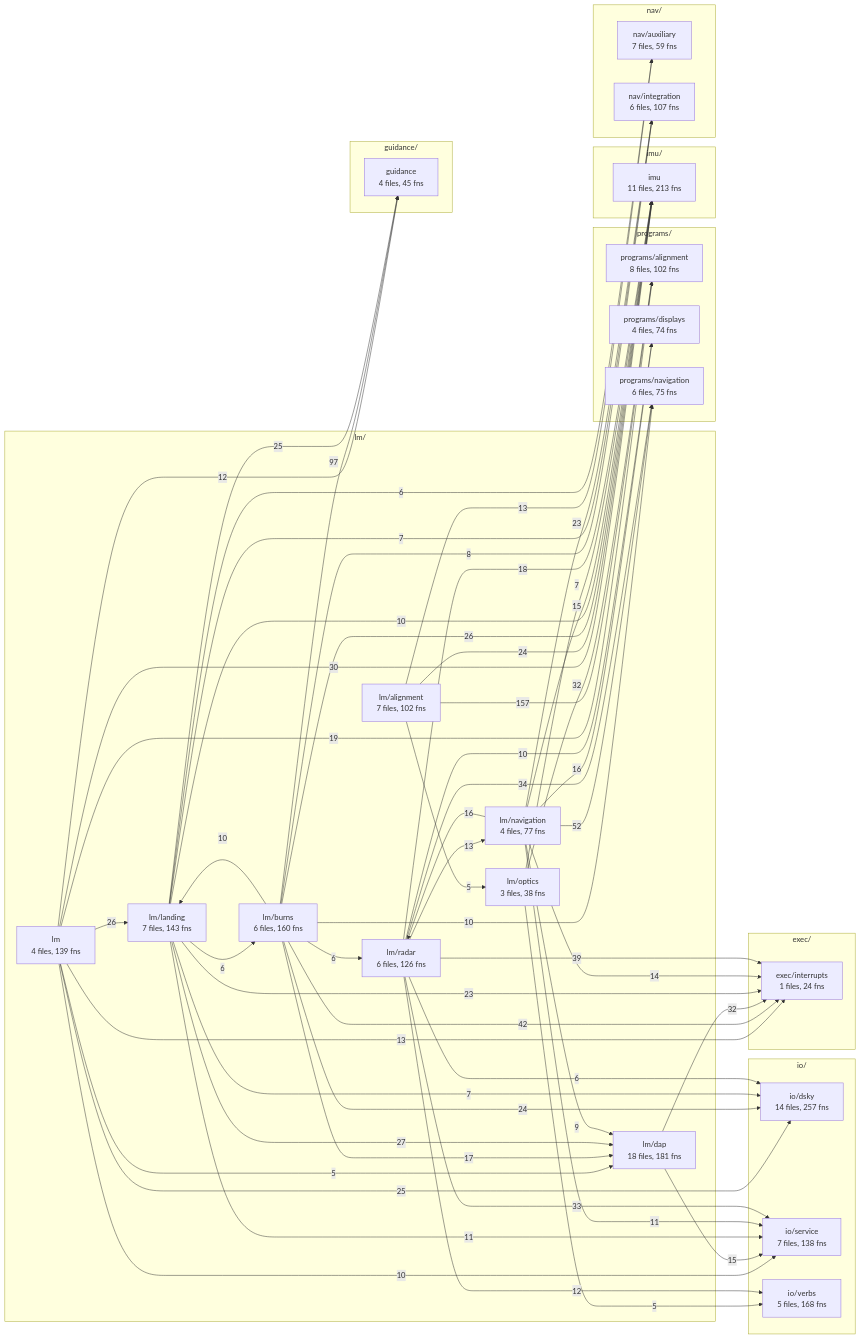
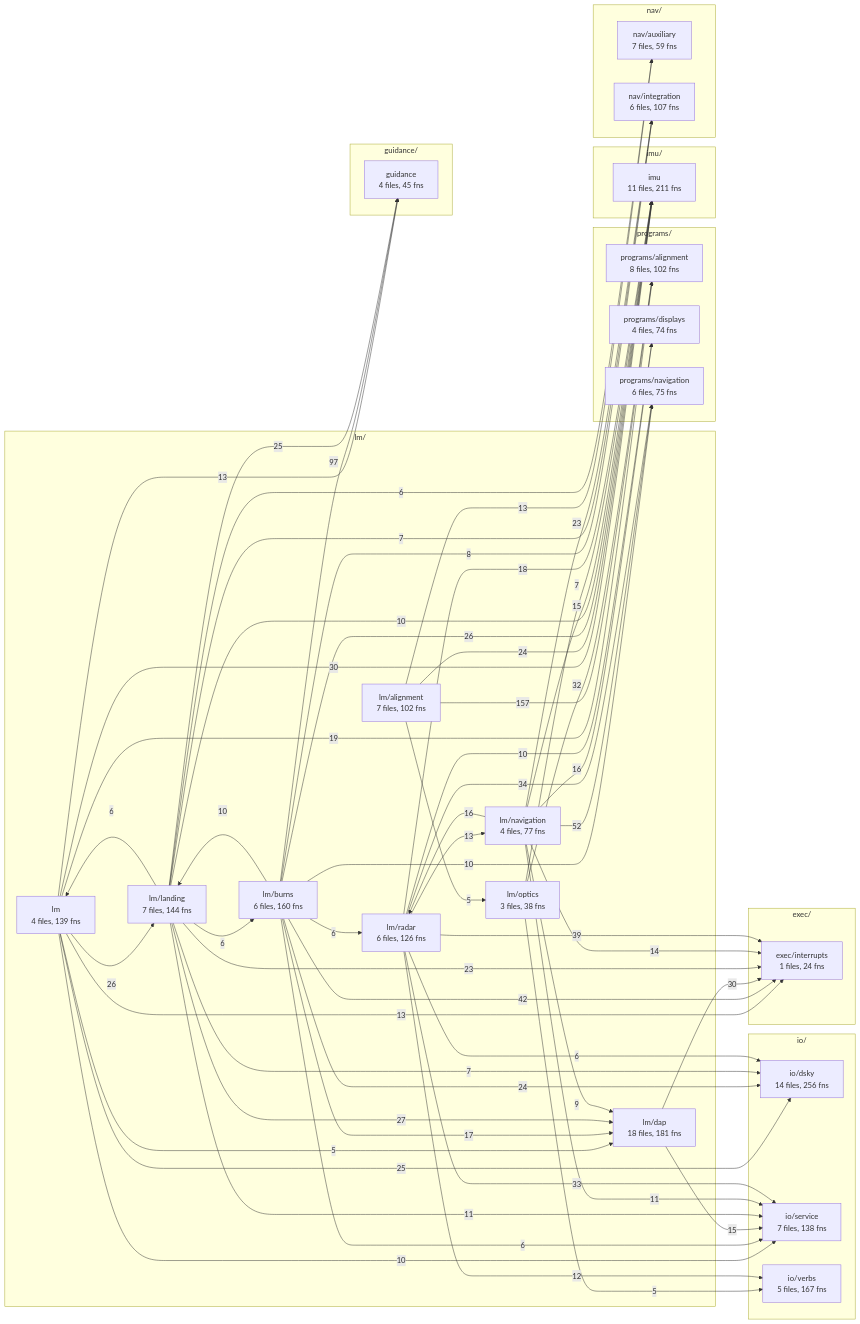
One commit to bobjoe400/apollo-c changed the fourth of 5 diagrams in docs/overview/README.md. Above: the diagram before and after it, drawn with Mermaid. The commit also changed other lines of this file and 264 other files, not shown here.

```diff
--- a/docs/overview/README.md
+++ b/docs/overview/README.md
@@ -483,7 +484,7 @@
         lm_alignment["lm/alignment<br/>7 files, 102 fns"]
         lm_burns["lm/burns<br/>6 files, 160 fns"]
         lm_dap["lm/dap<br/>18 files, 181 fns"]
-        lm_landing["lm/landing<br/>7 files, 143 fns"]
+        lm_landing["lm/landing<br/>7 files, 144 fns"]
         lm_navigation["lm/navigation<br/>4 files, 77 fns"]
         lm_optics["lm/optics<br/>3 files, 38 fns"]
         lm_radar["lm/radar<br/>6 files, 126 fns"]
@@ -497,12 +498,12 @@
         guidance["guidance<br/>4 files, 45 fns"]
     end
     subgraph io_layer["io/"]
-        io_dsky["io/dsky<br/>14 files, 257 fns"]
+        io_dsky["io/dsky<br/>14 files, 256 fns"]
         io_service["io/service<br/>7 files, 138 fns"]
-        io_verbs["io/verbs<br/>5 files, 168 fns"]
+        io_verbs["io/verbs<br/>5 files, 167 fns"]
     end
     subgraph imu_layer["imu/"]
-        imu["imu<br/>11 files, 213 fns"]
+        imu["imu<br/>11 files, 211 fns"]
     end
     subgraph nav_layer["nav/"]
         nav_auxiliary["nav/auxiliary<br/>7 files, 59 fns"]
@@ -512,7 +513,7 @@
         exec_interrupts["exec/interrupts<br/>1 files, 24 fns"]
     end
     lm -->|13| exec_interrupts
-    lm -->|12| guidance
+    lm -->|13| guidance
     lm -->|30| imu
     lm -->|25| io_dsky
     lm -->|10| io_service
@@ -527,18 +528,20 @@
     lm_burns -->|97| guidance
     lm_burns -->|26| imu
     lm_burns -->|24| io_dsky
+    lm_burns -->|6| io_service
     lm_burns -->|17| lm_dap
     lm_burns -->|10| lm_landing
     lm_burns -->|6| lm_radar
     lm_burns -->|8| nav_integration
     lm_burns -->|10| programs_navigation
-    lm_dap -->|32| exec_interrupts
+    lm_dap -->|30| exec_interrupts
     lm_dap -->|15| io_service
     lm_landing -->|23| exec_interrupts
     lm_landing -->|25| guidance
     lm_landing -->|10| imu
     lm_landing -->|7| io_dsky
     lm_landing -->|11| io_service
+    lm_landing -->|6| lm
     lm_landing -->|6| lm_burns
     lm_landing -->|27| lm_dap
     lm_landing -->|6| nav_auxiliary
```
